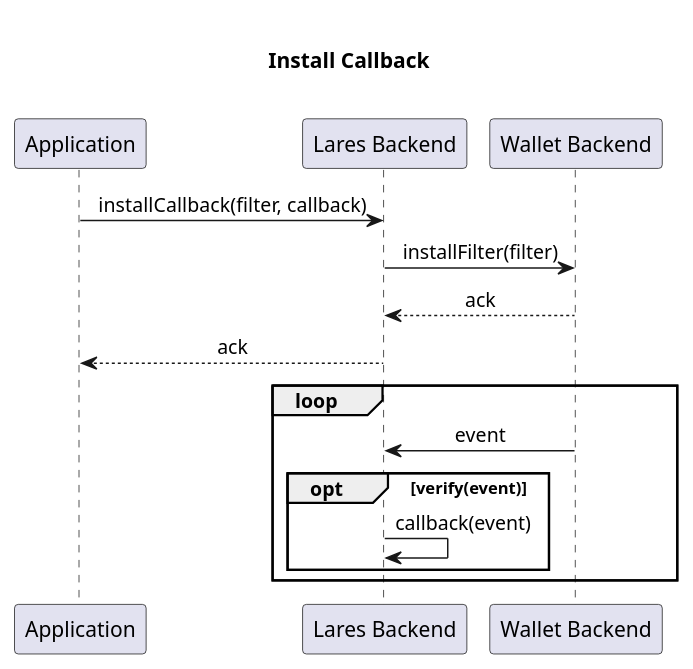
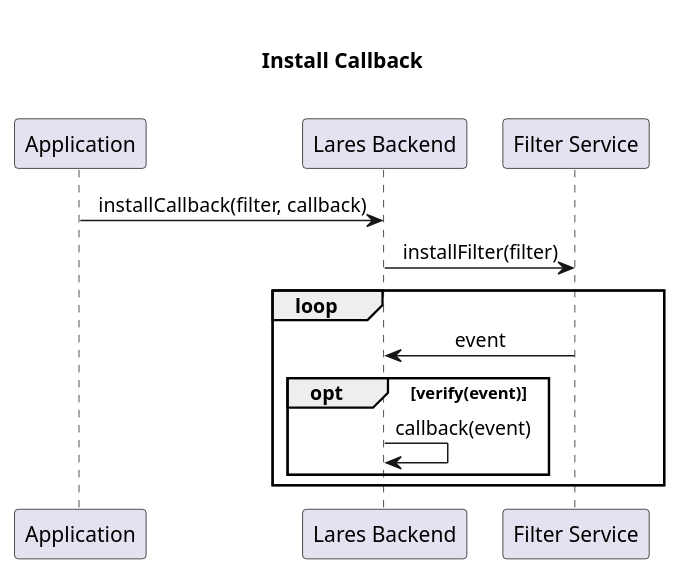
One commit to midnightntwrk/midnight-architecture changed the diagram in components/lares/LaresBackend/lb_installCallback.puml. Above: the diagram before and after it, drawn with PlantUML. The commit also changed 11 other files, not shown here.

```diff
--- a/components/lares/LaresBackend/lb_installCallback.puml
+++ b/components/lares/LaresBackend/lb_installCallback.puml
@@ -1,21 +1,19 @@
-@startuml Lares Backend Install Callback
+@startuml Install Callback
 
 skinparam SequenceMessageAlignment center
 
 title
 
   Install Callback
 
 end title
 
 "Application" -> "Lares Backend" : installCallback(filter, callback)
-"Lares Backend" -> "Wallet Backend" : installFilter(filter)
-"Wallet Backend" --> "Lares Backend" : ack
-"Lares Backend" --> "Application" : ack
+"Lares Backend" -> "Filter Service" : installFilter(filter)
 loop
-  "Wallet Backend" -> "Lares Backend" : event
+  "Filter Service" -> "Lares Backend" : event
   opt verify(event)
     "Lares Backend" -> "Lares Backend" : callback(event)
   end
 end
 @enduml
```
